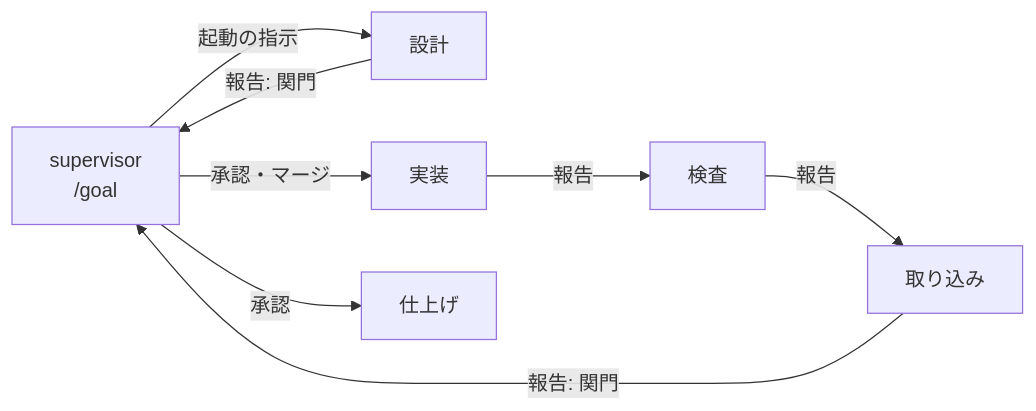
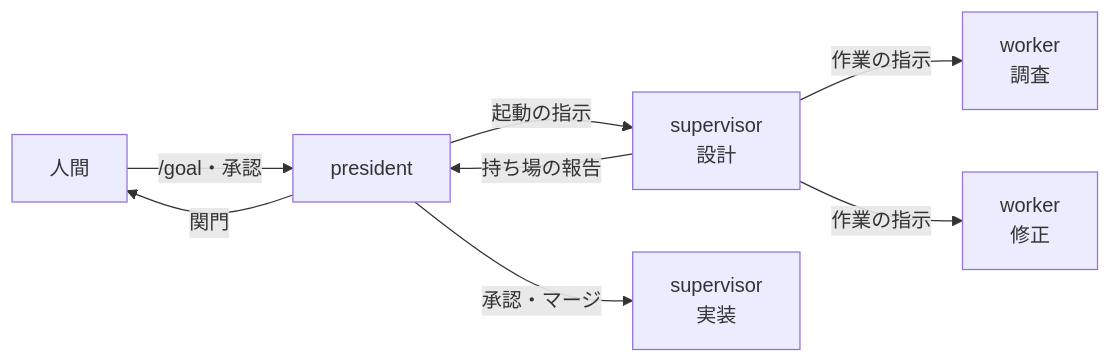
One commit to devbasex/ai-plugins changed the first of 6 diagrams in issues/issue-550-657-design.md. Above: the diagram before and after it, drawn with Mermaid. The commit also changed other lines of this file and 2 other files, not shown here.

First line of the commit message:
Docs: 3 層（president / supervisor / worker）で設計し直す（#550 #657）

````diff
--- a/issues/issue-550-657-design.md
+++ b/issues/issue-550-657-design.md
@@ -10,10 +10,10 @@
 ```mermaid
 graph LR
-    P[supervisor<br/>/goal] -->|起動の指示| W1[設計]
-    W1 -->|報告: 関門| P
-    P -->|承認・マージ| W2[実装]
-    W2 -->|報告| W3[検査]
-    W3 -->|報告| W4[取り込み]
-    W4 -->|報告: 関門| P
-    P -->|承認| W5[仕上げ]
+    H[人間] -->|/goal・承認| P[president]
+    P -->|起動の指示| S1[supervisor<br/>設計]
+    S1 -->|作業の指示| W1[worker<br/>調査]
+    S1 -->|作業の指示| W2[worker<br/>修正]
+    S1 -->|持ち場の報告| P
+    P -->|承認・マージ| S2[supervisor<br/>実装]
+    P -->|関門| H
 ```
````
